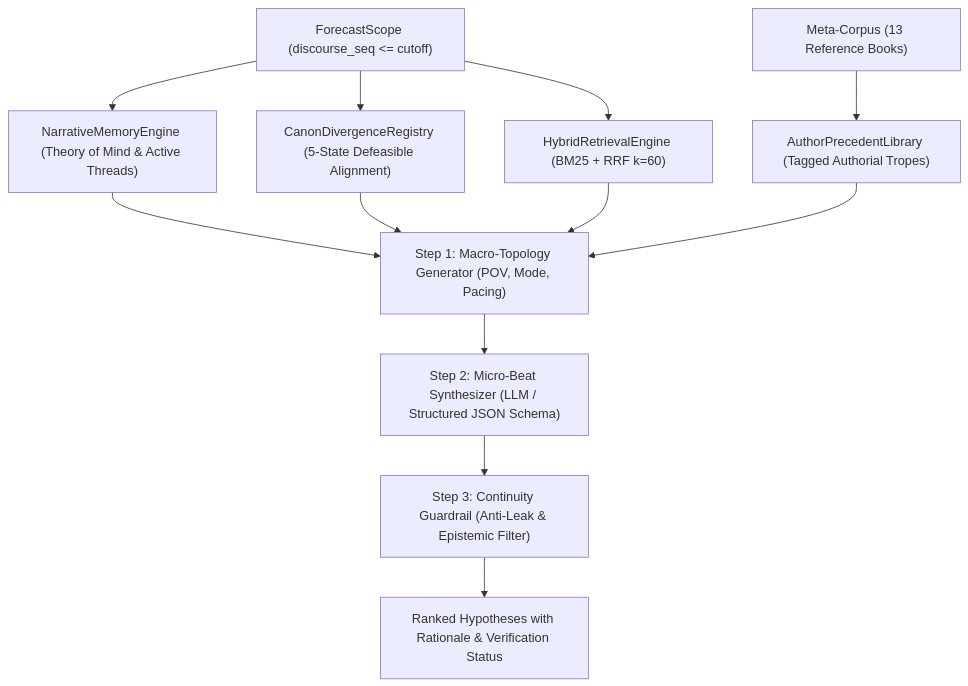
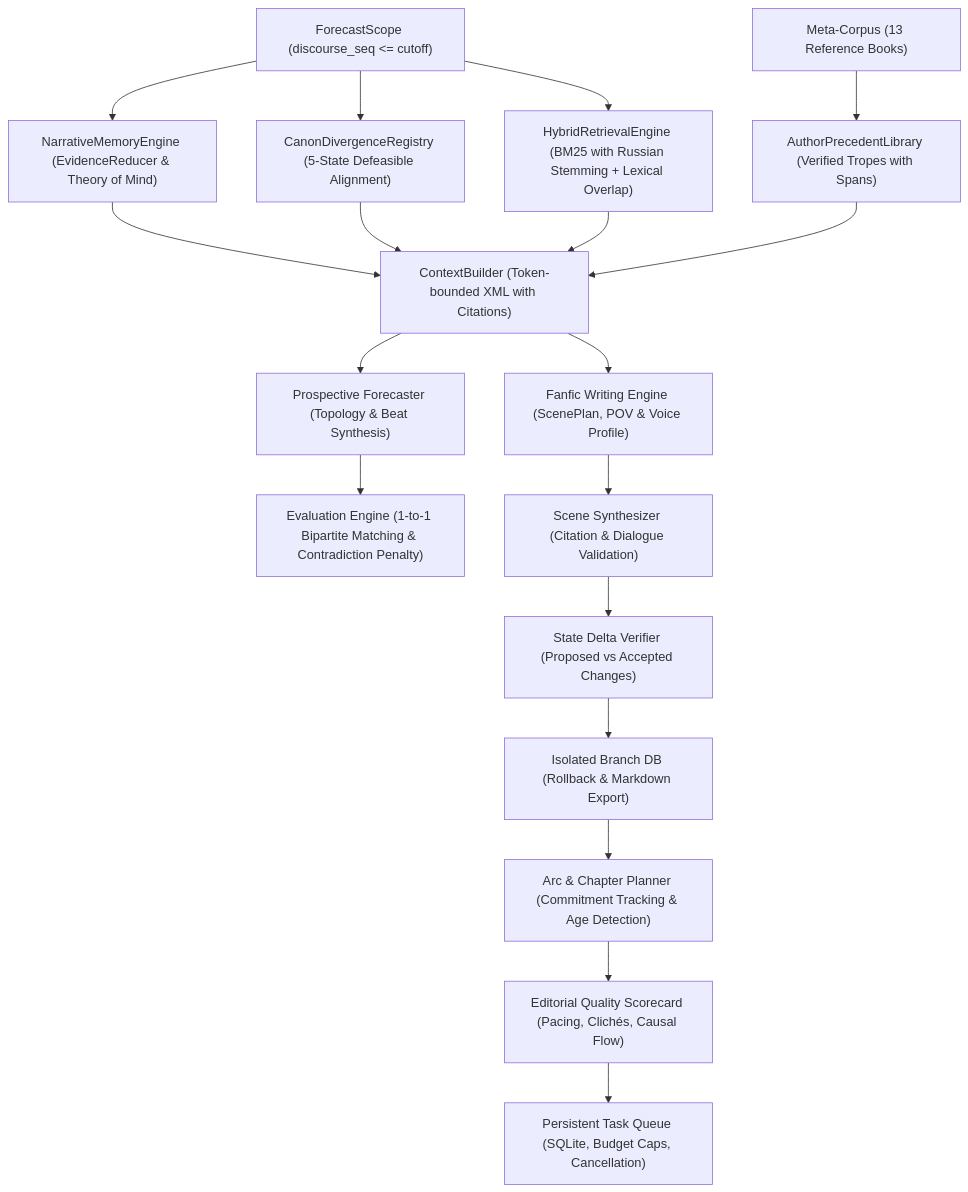
Before and after one commit to kok-o/story-forecaster: the diagram in README.md, drawn with Mermaid. The commit also changed other lines of this file and 3 other files, not shown here.

First line of the commit message:
docs: update README, architecture, runbook, and bump version to 1.0.0

````diff
--- a/README.md
+++ b/README.md
@@ -26,12 +29,21 @@
 ```mermaid
 flowchart TD
-    Scope["ForecastScope (discourse_seq <= cutoff)"] --> Memory["NarrativeMemoryEngine (Theory of Mind & Active Threads)"]
+    Scope["ForecastScope (discourse_seq <= cutoff)"] --> Memory["NarrativeMemoryEngine (EvidenceReducer & Theory of Mind)"]
     Scope --> Canon["CanonDivergenceRegistry (5-State Defeasible Alignment)"]
-    Scope --> Retrieval["HybridRetrievalEngine (BM25 + RRF k=60)"]
-    MetaCorpus["Meta-Corpus (13 Reference Books)"] --> Precedents["AuthorPrecedentLibrary (Tagged Authorial Tropes)"]
+    Scope --> Retrieval["HybridRetrievalEngine (BM25 with Russian Stemming + Lexical Overlap)"]
+    MetaCorpus["Meta-Corpus (13 Reference Books)"] --> Precedents["AuthorPrecedentLibrary (Verified Tropes with Spans)"]
 
-    Memory & Canon & Retrieval & Precedents --> Step1["Step 1: Macro-Topology Generator (POV, Mode, Pacing)"]
-    Step1 --> Step2["Step 2: Micro-Beat Synthesizer (LLM / Structured JSON Schema)"]
-    Step2 --> Verifier["Step 3: Continuity Guardrail (Anti-Leak & Epistemic Filter)"]
-    Verifier --> Output["Ranked Hypotheses with Rationale & Verification Status"]
+    Memory & Canon & Retrieval & Precedents --> Context["ContextBuilder (Token-bounded XML with Citations)"]
+
+    Context --> Forecast["Prospective Forecaster (Topology & Beat Synthesis)"]
+    Forecast --> Evaluator["Evaluation Engine (1-to-1 Bipartite Matching & Contradiction Penalty)"]
+
+    Context --> Writing["Fanfic Writing Engine (ScenePlan, POV & Voice Profile)"]
+    Writing --> Synthesizer["Scene Synthesizer (Citation & Dialogue Validation)"]
+    Synthesizer --> StateDelta["State Delta Verifier (Proposed vs Accepted Changes)"]
+    StateDelta --> Branch["Isolated Branch DB (Rollback & Markdown Export)"]
+
+    Branch --> Arc["Arc & Chapter Planner (Commitment Tracking & Age Detection)"]
+    Arc --> Editor["Editorial Quality Scorecard (Pacing, Clichés, Causal Flow)"]
+    Editor --> TaskQueue["Persistent Task Queue (SQLite, Budget Caps, Cancellation)"]
 ```
````
